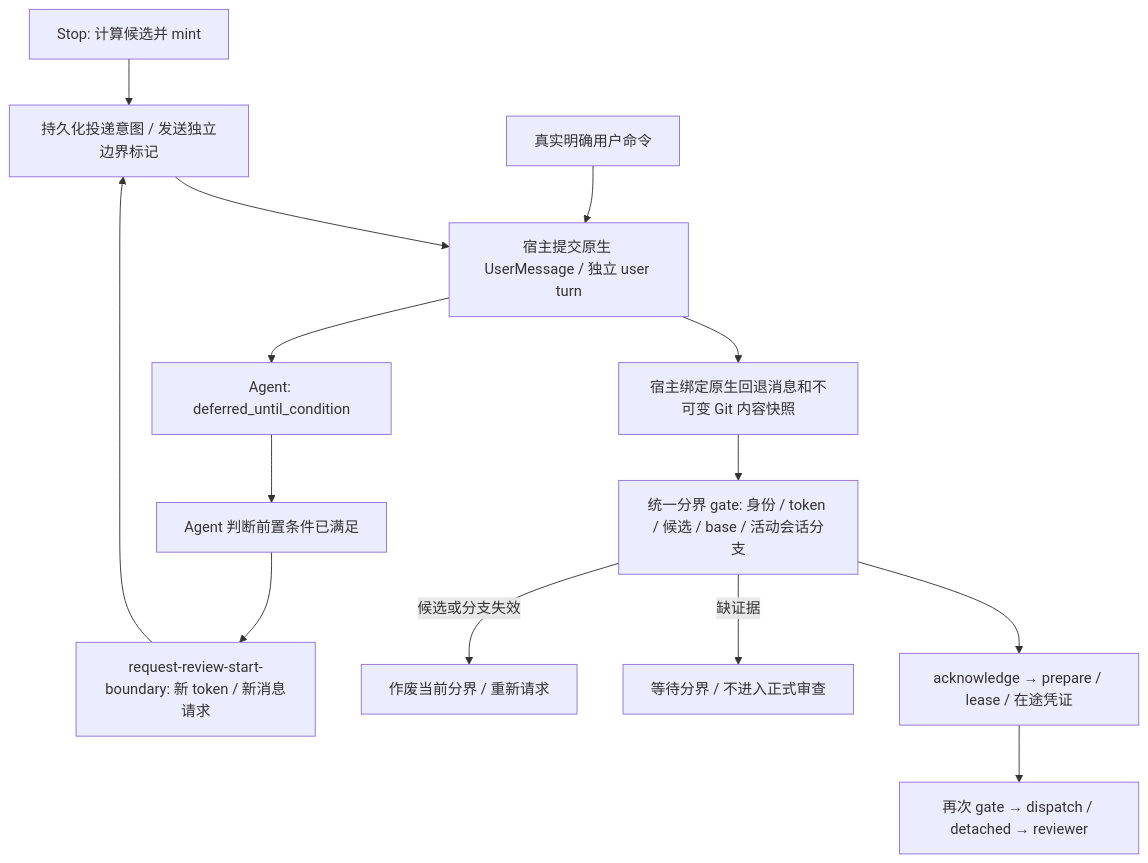
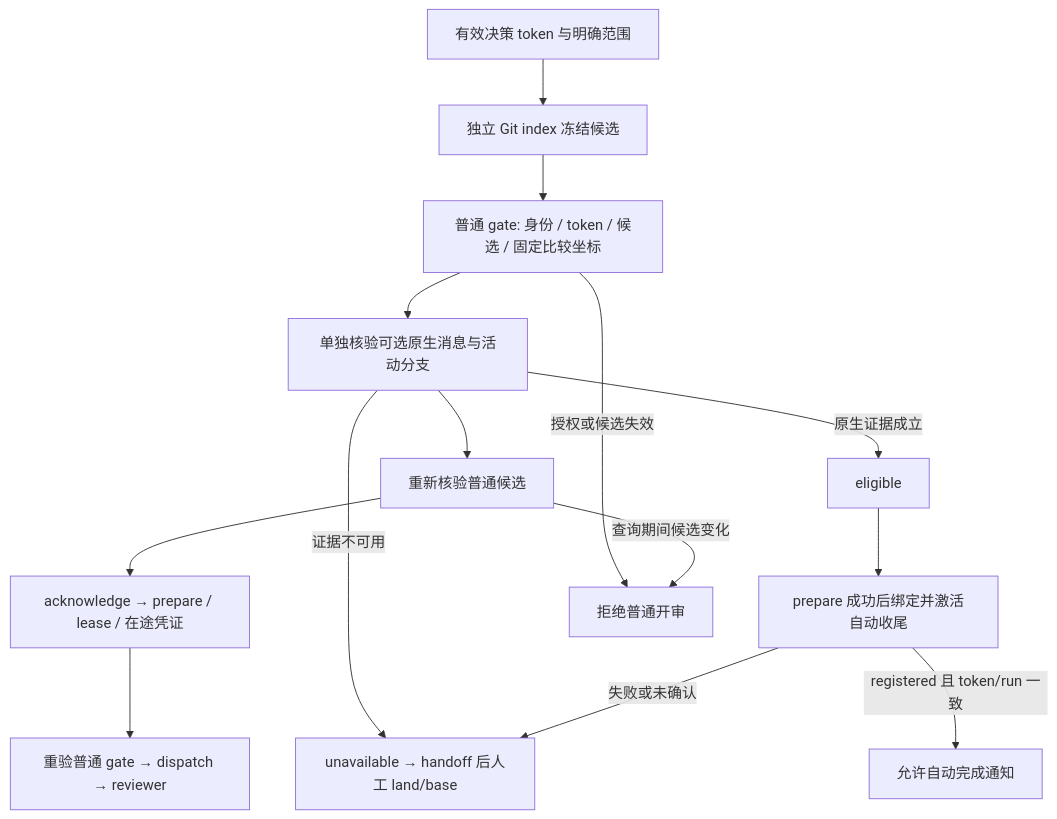
One commit to RealmX1/review-validate-fix changed the diagram in docs/architecture/review-start-independent-user-turn-boundary-contract.md. Above: the diagram before and after it, drawn with Mermaid. The commit also changed other lines of this file and 22 other files, not shown here.

````diff
--- a/docs/architecture/review-start-independent-user-turn-boundary-contract.md
+++ b/docs/architecture/review-start-independent-user-turn-boundary-contract.md
@@ -26,16 +42,16 @@
 ```mermaid
 flowchart TD
-  stop[Stop: 计算候选并 mint] --> delivery[持久化投递意图 / 发送独立边界标记]
-  delivery --> native[宿主提交原生 UserMessage / 独立 user turn]
-  native --> snapshot[宿主绑定原生回退消息和不可变 Git 内容快照]
-  snapshot --> gate[统一分界 gate: 身份 / token / 候选 / base / 活动会话分支]
-  gate --> start[acknowledge → prepare / lease / 在途凭证]
-  start --> dispatch[再次 gate → dispatch / detached → reviewer]
-  native --> defer[Agent: deferred_until_condition]
-  defer --> condition[Agent 判断前置条件已满足]
-  condition --> request[request-review-start-boundary: 新 token / 新消息请求]
-  request --> delivery
-  user[真实明确用户命令] --> native
-  gate -->|缺证据| pending[等待分界 / 不进入正式审查]
-  gate -->|候选或分支失效| invalid[作废当前分界 / 重新请求]
+  token[有效决策 token 与明确范围] --> snapshot[独立 Git index 冻结候选]
+  snapshot --> gate[普通 gate: 身份 / token / 候选 / 固定比较坐标]
+  gate --> native[单独核验可选原生消息与活动分支]
+  native --> recheck[重新核验普通候选]
+  recheck --> start[acknowledge → prepare / lease / 在途凭证]
+  start --> dispatch[重验普通 gate → dispatch → reviewer]
+  native -->|证据不可用| manual[unavailable → handoff 后人工 land/base]
+  native -->|原生证据成立| eligible[eligible]
+  eligible --> registration[prepare 成功后绑定并激活自动收尾]
+  registration -->|registered 且 token/run 一致| completion[允许自动完成通知]
+  registration -->|失败或未确认| manual
+  gate -->|授权或候选失效| invalid[拒绝普通开审]
+  recheck -->|查询期间候选变化| invalid
 ```
````
